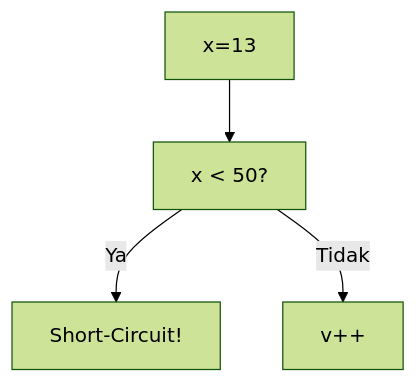
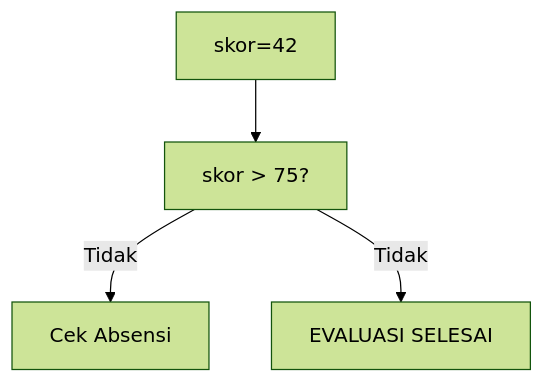
Before and after one commit to amnahwaida/OSNK_INF_PREP: diagram 16 of 25 in part-c-pemahaman-cpp/02-percabangan/latihan/set-10.md, drawn with Mermaid (forest theme). The commit also changed other lines of this file and 71 other files, not shown here.

````diff
--- a/part-c-pemahaman-cpp/02-percabangan/latihan/set-10.md
+++ b/part-c-pemahaman-cpp/02-percabangan/latihan/set-10.md
@@ -446,6 +466,6 @@
 ```mermaid
 graph TD
-A["x=13"] --> B["x < 50?"]
-B -- Ya --> C["Short-Circuit!"]
-B -- Tidak --> D["v++"]
+A["skor=42"] --> B["skor > 75?"]
+B -- Tidak --> C["Cek Absensi"]
+B -- Tidak --> D["EVALUASI SELESAI"]
 ```
````
